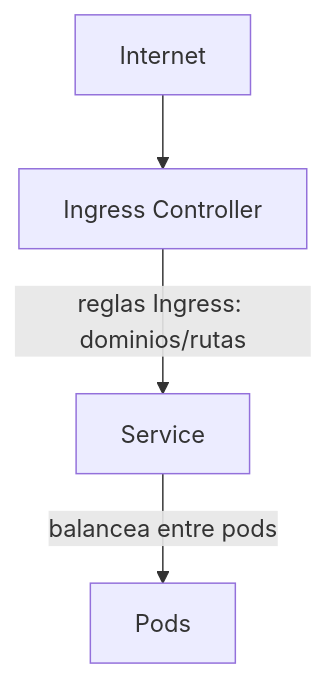
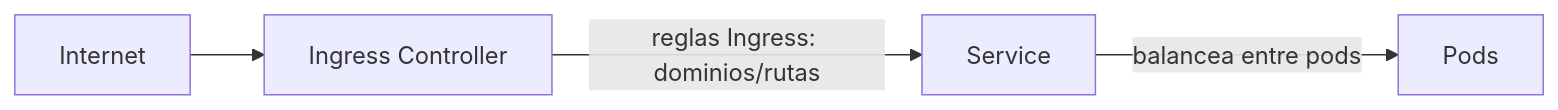
Before and after one commit to pabpereza/pabpereza: the first of 2 diagrams in docs/cursos/kubernetes/112.Ingress_controller.md, drawn with Mermaid. The commit also changed other lines of this file and 1 other file, not shown here.

````diff
--- a/docs/cursos/kubernetes/112.Ingress_controller.md
+++ b/docs/cursos/kubernetes/112.Ingress_controller.md
@@ -37,6 +37,6 @@
 ```mermaid
-flowchart TD
+flowchart LR 
     A[Internet] --> B[Ingress Controller]
     B -- reglas Ingress: dominios/rutas --> C[Service]
     C -- balancea entre pods --> D[Pods]
 ```
````
